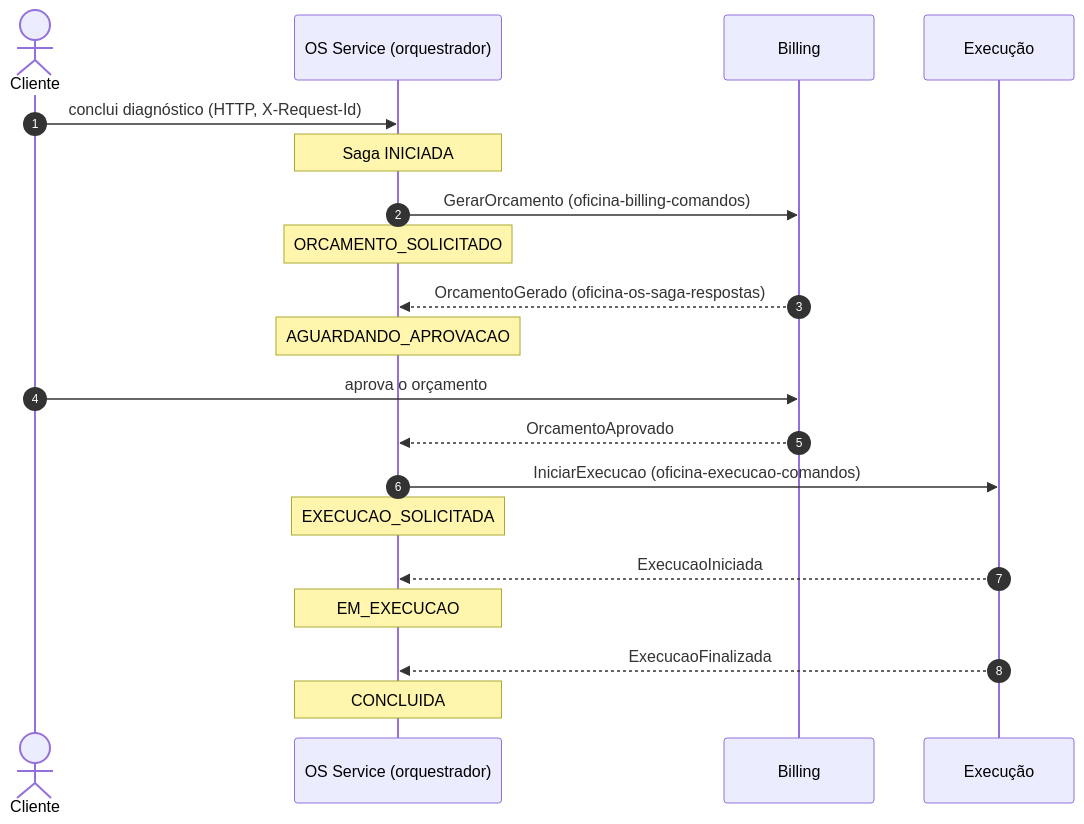
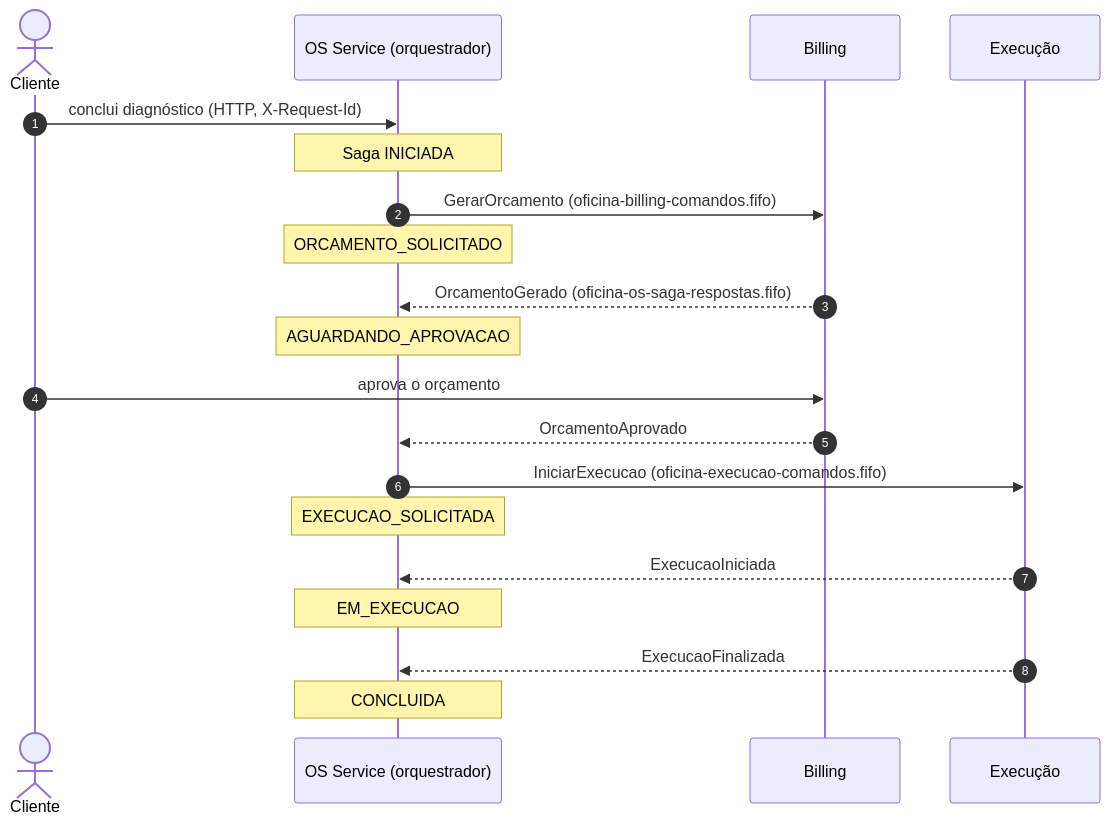
One commit to helyomendesdev/tech-challenge-oficina-saga changed the first of 4 diagrams in docs/fluxo-saga.md. Above: the diagram before and after it, drawn with Mermaid. The commit also changed other lines of this file and 5 other files, not shown here.

First line of the commit message:
Filas da Saga passam a FIFO, ordenadas por sagaId

````diff
--- a/docs/fluxo-saga.md
+++ b/docs/fluxo-saga.md
@@ -7,23 +7,23 @@
 ```mermaid
 sequenceDiagram
     autonumber
     actor Cliente
     participant OS as OS Service (orquestrador)
     participant BIL as Billing
     participant EXE as Execução
 
     Cliente->>OS: conclui diagnóstico (HTTP, X-Request-Id)
     Note over OS: Saga INICIADA
-    OS->>BIL: GerarOrcamento (oficina-billing-comandos)
+    OS->>BIL: GerarOrcamento (oficina-billing-comandos.fifo)
     Note over OS: ORCAMENTO_SOLICITADO
-    BIL-->>OS: OrcamentoGerado (oficina-os-saga-respostas)
+    BIL-->>OS: OrcamentoGerado (oficina-os-saga-respostas.fifo)
     Note over OS: AGUARDANDO_APROVACAO
     Cliente->>BIL: aprova o orçamento
     BIL-->>OS: OrcamentoAprovado
-    OS->>EXE: IniciarExecucao (oficina-execucao-comandos)
+    OS->>EXE: IniciarExecucao (oficina-execucao-comandos.fifo)
     Note over OS: EXECUCAO_SOLICITADA
     EXE-->>OS: ExecucaoIniciada
     Note over OS: EM_EXECUCAO
     EXE-->>OS: ExecucaoFinalizada
     Note over OS: CONCLUIDA
 ```
````
